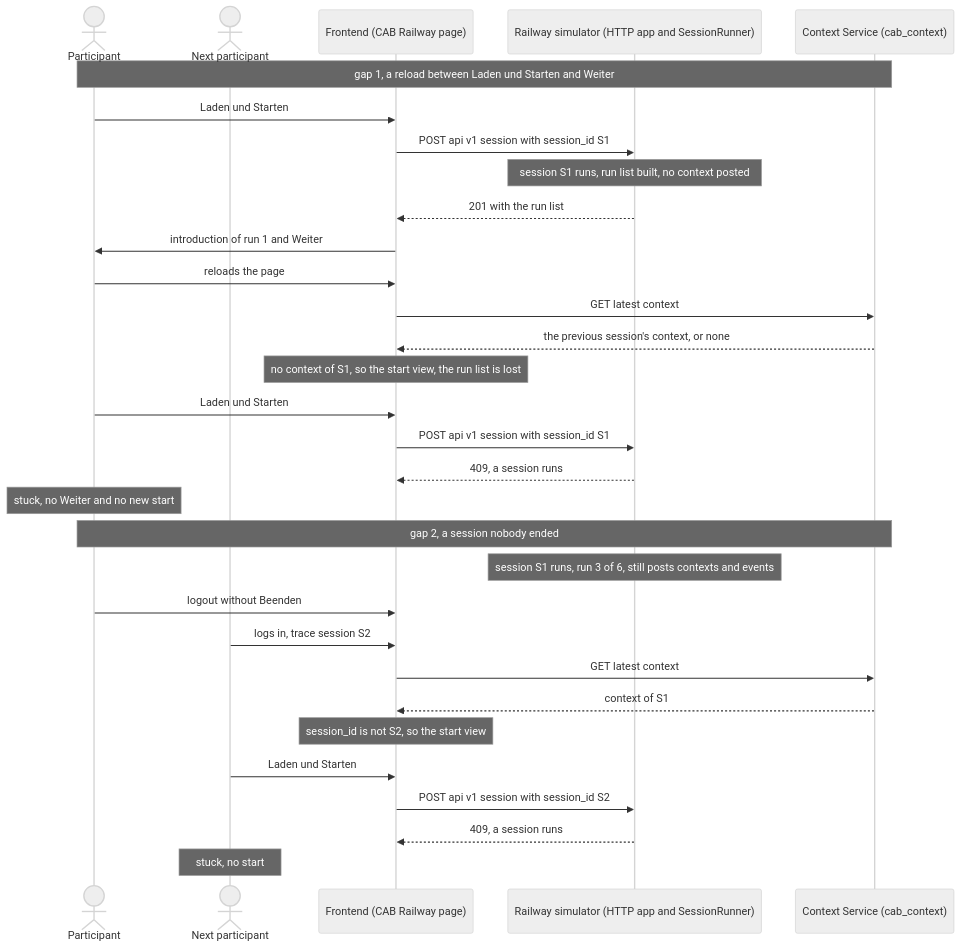
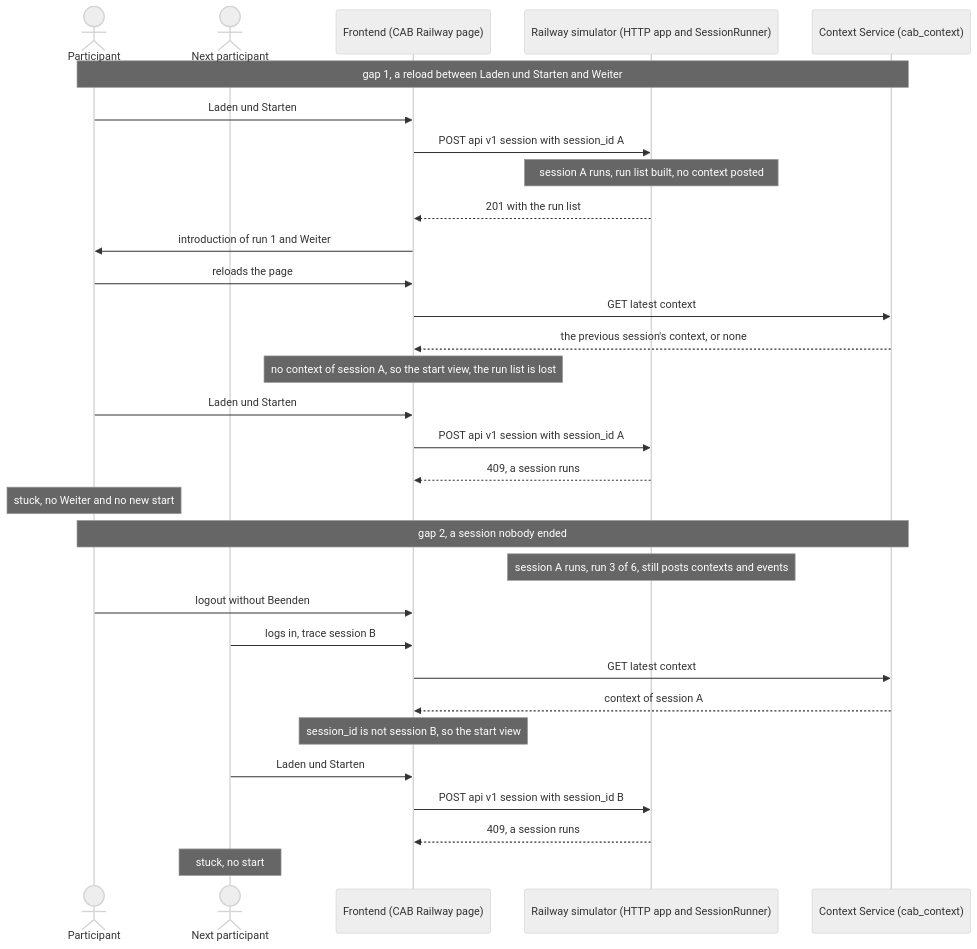
Diagram 13 of 19 in docs/plans/railway-use-case.md (ainetus/InteractiveAI), drawn with Mermaid (neutral theme) before and after one commit. The commit also changed other lines of this file, not shown here.

````diff
--- a/docs/plans/railway-use-case.md
+++ b/docs/plans/railway-use-case.md
@@ -2455,33 +2455,33 @@
   ```mermaid
   sequenceDiagram
       actor P as Participant
       actor P2 as Next participant
       participant FE as Frontend (CAB Railway page)
       participant Sim as Railway simulator (HTTP app and SessionRunner)
       participant Ctx as Context Service (cab_context)
       Note over P,Ctx: gap 1, a reload between Laden und Starten and Weiter
       P->>FE: Laden und Starten
-      FE->>Sim: POST api v1 session with session_id S1
-      Note over Sim: session S1 runs, run list built, no context posted
+      FE->>Sim: POST api v1 session with session_id A
+      Note over Sim: session A runs, run list built, no context posted
       Sim-->>FE: 201 with the run list
       FE->>P: introduction of run 1 and Weiter
       P->>FE: reloads the page
       FE->>Ctx: GET latest context
       Ctx-->>FE: the previous session's context, or none
-      Note over FE: no context of S1, so the start view, the run list is lost
+      Note over FE: no context of session A, so the start view, the run list is lost
       P->>FE: Laden und Starten
-      FE->>Sim: POST api v1 session with session_id S1
+      FE->>Sim: POST api v1 session with session_id A
       Sim-->>FE: 409, a session runs
       Note over P: stuck, no Weiter and no new start
       Note over P,Ctx: gap 2, a session nobody ended
-      Note over Sim: session S1 runs, run 3 of 6, still posts contexts and events
+      Note over Sim: session A runs, run 3 of 6, still posts contexts and events
       P->>FE: logout without Beenden
-      P2->>FE: logs in, trace session S2
+      P2->>FE: logs in, trace session B
       FE->>Ctx: GET latest context
-      Ctx-->>FE: context of S1
-      Note over FE: session_id is not S2, so the start view
+      Ctx-->>FE: context of session A
+      Note over FE: session_id is not session B, so the start view
       P2->>FE: Laden und Starten
-      FE->>Sim: POST api v1 session with session_id S2
+      FE->>Sim: POST api v1 session with session_id B
       Sim-->>FE: 409, a session runs
       Note over P2: stuck, no start
   ```
````
